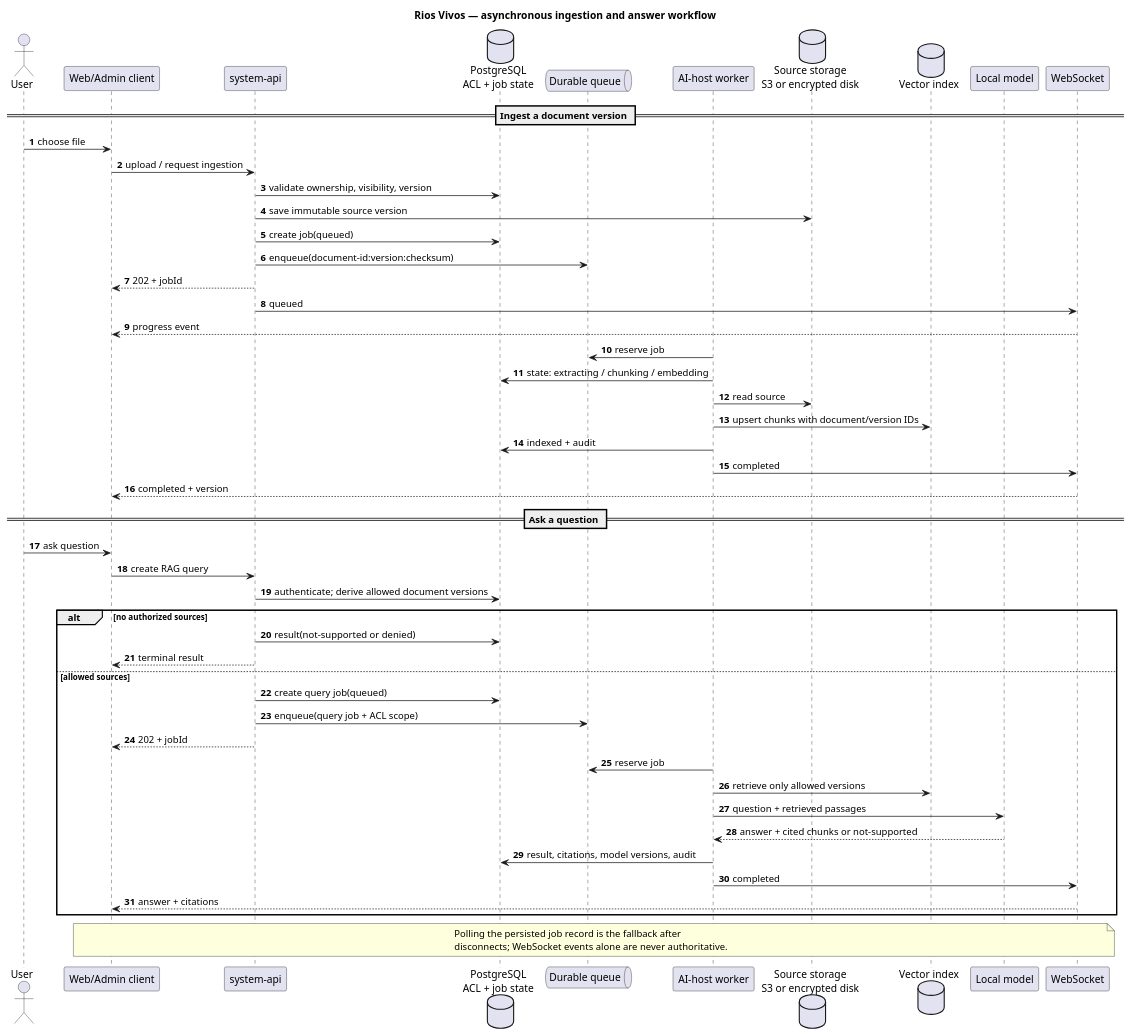
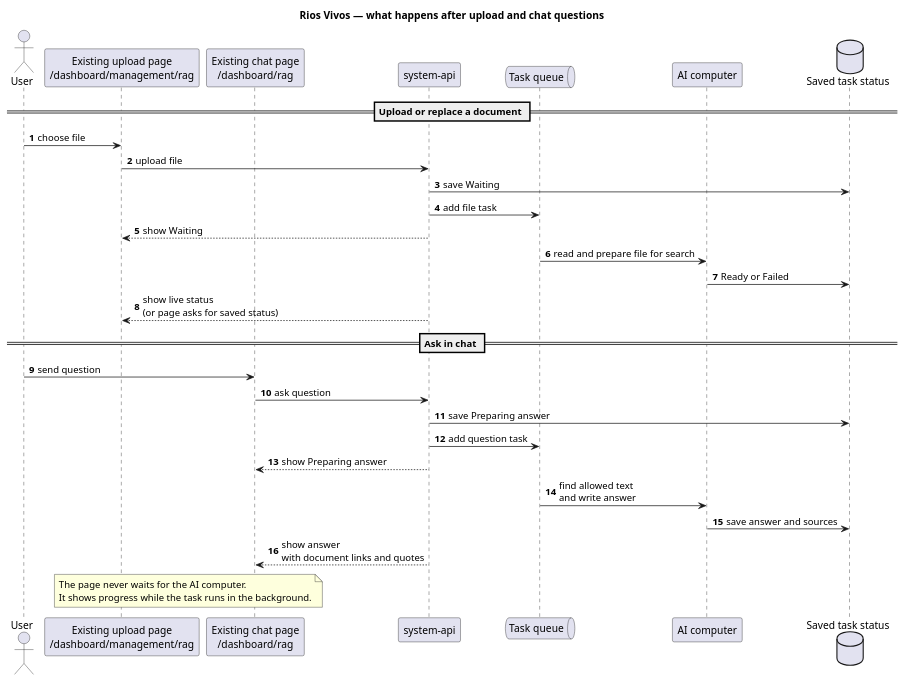
The diagram in plantuml/rag-async-workflow.plantuml (Rios-Vivos/docs), drawn with PlantUML before and after one commit. The commit also changed 4 other files, not shown here.

Commit message:
docs: simplify RAG pilot and add PNG diagrams

```diff
--- a/plantuml/rag-async-workflow.plantuml
+++ b/plantuml/rag-async-workflow.plantuml
@@ -1,58 +1,37 @@
 @startuml
-title Rios Vivos — asynchronous ingestion and answer workflow
+title Rios Vivos — what happens after upload and chat questions
 autonumber
 
 actor User
-participant "Web/Admin client" as Client
+participant "Existing upload page\n/dashboard/management/rag" as Upload
+participant "Existing chat page\n/dashboard/rag" as Chat
 participant "system-api" as API
-database "PostgreSQL\nACL + job state" as DB
-queue "Durable queue" as Queue
-participant "AI-host worker" as Worker
-database "Source storage\nS3 or encrypted disk" as Store
-database "Vector index" as Index
-participant "Local model" as Model
-participant "WebSocket" as WS
+queue "Task queue" as Queue
+participant "AI computer" as AI
+database "Saved task status" as Status
 
-== Ingest a document version ==
-User -> Client : choose file
-Client -> API : upload / request ingestion
-API -> DB : validate ownership, visibility, version
-API -> Store : save immutable source version
-API -> DB : create job(queued)
-API -> Queue : enqueue(document-id:version:checksum)
-API --> Client : 202 + jobId
-API -> WS : queued
-WS --> Client : progress event
-Worker -> Queue : reserve job
-Worker -> DB : state: extracting / chunking / embedding
-Worker -> Store : read source
-Worker -> Index : upsert chunks with document/version IDs
-Worker -> DB : indexed + audit
-Worker -> WS : completed
-WS --> Client : completed + version
+== Upload or replace a document ==
+User -> Upload : choose file
+Upload -> API : upload file
+API -> Status : save Waiting
+API -> Queue : add file task
+API --> Upload : show Waiting
+Queue -> AI : read and prepare file for search
+AI -> Status : Ready or Failed
+API --> Upload : show live status\n(or page asks for saved status)
 
-== Ask a question ==
-User -> Client : ask question
-Client -> API : create RAG query
-API -> DB : authenticate; derive allowed document versions
-alt no authorized sources
-  API -> DB : result(not-supported or denied)
-  API --> Client : terminal result
-else allowed sources
-  API -> DB : create query job(queued)
-  API -> Queue : enqueue(query job + ACL scope)
-  API --> Client : 202 + jobId
-  Worker -> Queue : reserve job
-  Worker -> Index : retrieve only allowed versions
-  Worker -> Model : question + retrieved passages
-  Model --> Worker : answer + cited chunks or not-supported
-  Worker -> DB : result, citations, model versions, audit
-  Worker -> WS : completed
-  WS --> Client : answer + citations
-end
+== Ask in chat ==
+User -> Chat : send question
+Chat -> API : ask question
+API -> Status : save Preparing answer
+API -> Queue : add question task
+API --> Chat : show Preparing answer
+Queue -> AI : find allowed text\nand write answer
+AI -> Status : save answer and sources
+API --> Chat : show answer\nwith document links and quotes
 
-note over Client,WS
-Polling the persisted job record is the fallback after
-disconnects; WebSocket events alone are never authoritative.
+note over Upload,Chat
+The page never waits for the AI computer.
+It shows progress while the task runs in the background.
 end note
 @enduml
```
